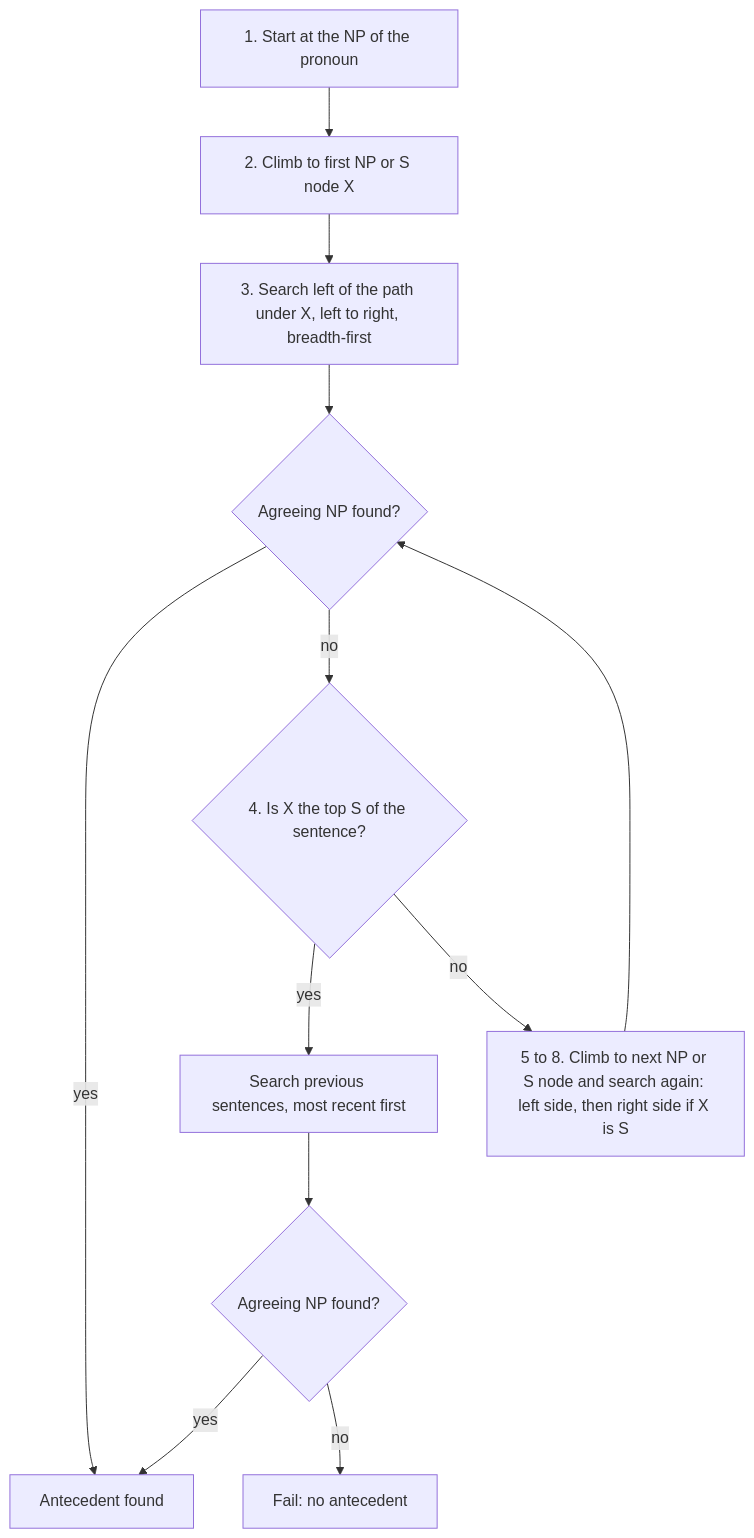
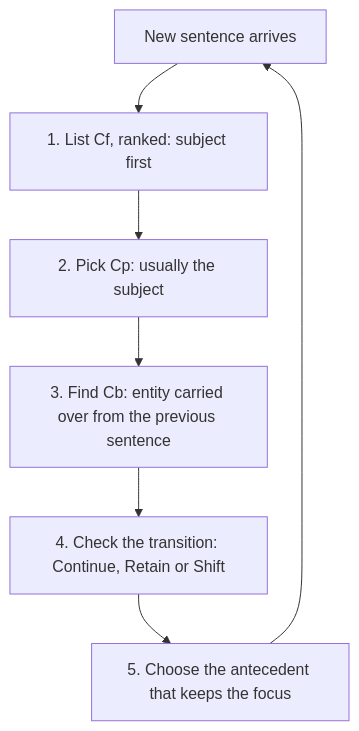
The second of 4 diagrams in content/natural-language-processing/notes/anaphora-resolution.mdx (TrendySloth1001/sem-seven-notes), drawn with Mermaid before and after one commit. The commit also changed other lines of this file and 406 other files, not shown here.

````diff
--- a/content/natural-language-processing/notes/anaphora-resolution.mdx
+++ b/content/natural-language-processing/notes/anaphora-resolution.mdx
@@ -130,15 +67,10 @@
 ```mermaid
-%% caption: The Hobbs search as a flowchart. The search goes outward from the pronoun, first within its own sentence (steps 2 to 3 and 5 to 8), then into earlier sentences, most recent first (step 4). The first NP that agrees is accepted.
+%% caption: Centering as a loop that runs for every new sentence.
 flowchart TD
-  A["1. Start at the NP of the pronoun"] --> B["2. Climb to first NP or S node X"]
-  B --> C["3. Search left of the path under X, left to right, breadth-first"]
-  C --> D{"Agreeing NP found?"}
-  D -->|"yes"| Z["Antecedent found"]
-  D -->|"no"| E{"4. Is X the top S of the sentence?"}
-  E -->|"yes"| F["Search previous sentences, most recent first"]
-  F --> G{"Agreeing NP found?"}
-  G -->|"yes"| Z
-  G -->|"no"| Y["Fail: no antecedent"]
-  E -->|"no"| H["5 to 8. Climb to next NP or S node and search again: left side, then right side if X is S"]
-  H --> D
+  A["New sentence arrives"] --> B["1. List Cf, ranked: subject first"]
+  B --> C["2. Pick Cp: usually the subject"]
+  C --> D["3. Find Cb: entity carried over from the previous sentence"]
+  D --> E["4. Check the transition: Continue, Retain or Shift"]
+  E --> F["5. Choose the antecedent that keeps the focus"]
+  F --> A
 ```
````
